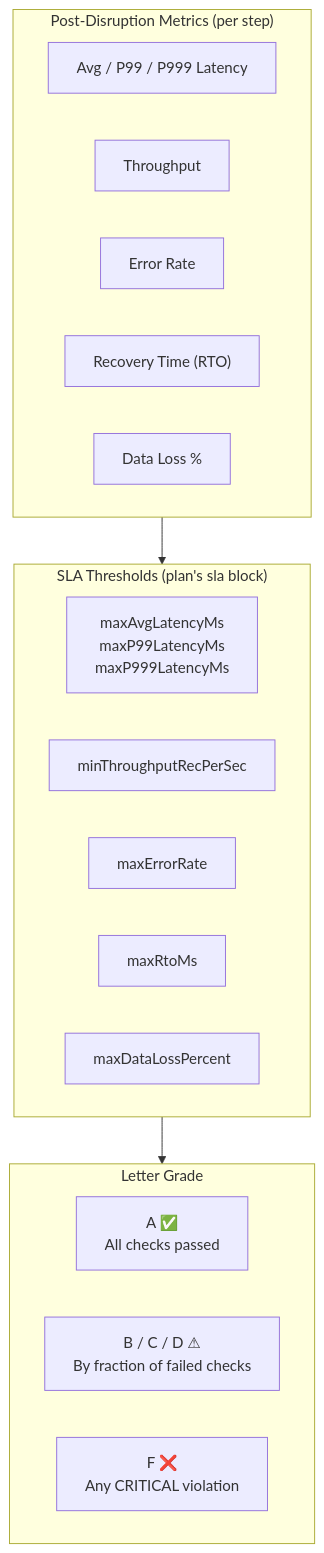
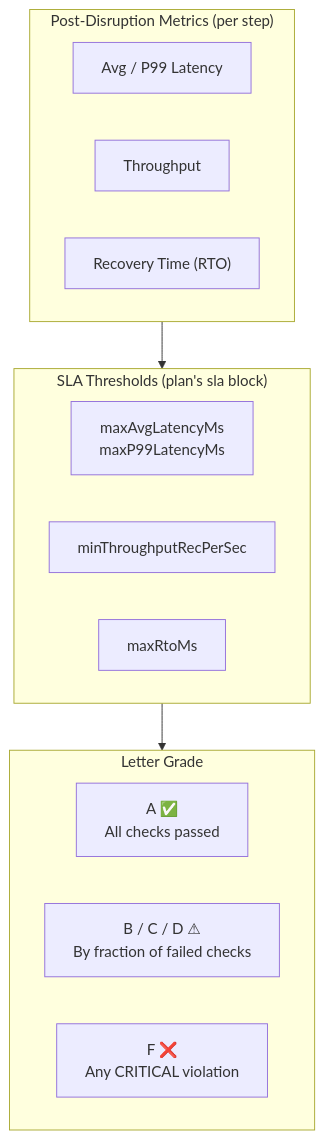
Before and after one commit to actions-marketplace-validations/bmscomp_kates: the seventh of 9 diagrams in docs/book/07-chaos-practice.md, drawn with Mermaid. The commit also changed other lines of this file and 23 other files, not shown here.

````diff
--- a/docs/book/07-chaos-practice.md
+++ b/docs/book/07-chaos-practice.md
@@ -430,27 +430,23 @@
 ```mermaid
 graph TD
     subgraph Metrics["Post-Disruption Metrics (per step)"]
-        M1[Avg / P99 / P999 Latency]
+        M1[Avg / P99 Latency]
         M2[Throughput]
-        M3[Error Rate]
         M4["Recovery Time (RTO)"]
-        M5[Data Loss %]
     end
     
     subgraph Thresholds["SLA Thresholds (plan's sla block)"]
-        T1[maxAvgLatencyMs<br/>maxP99LatencyMs<br/>maxP999LatencyMs]
+        T1[maxAvgLatencyMs<br/>maxP99LatencyMs]
         T2[minThroughputRecPerSec]
-        T3[maxErrorRate]
         T4[maxRtoMs]
-        T5[maxDataLossPercent]
     end
     
     subgraph Verdict["Letter Grade"]
         A["A ✅<br/>All checks passed"]
         BCD["B / C / D ⚠<br/>By fraction of failed checks"]
         F["F ❌<br/>Any CRITICAL violation"]
     end
     
     Metrics --> Thresholds
     Thresholds --> Verdict
 ```
````
